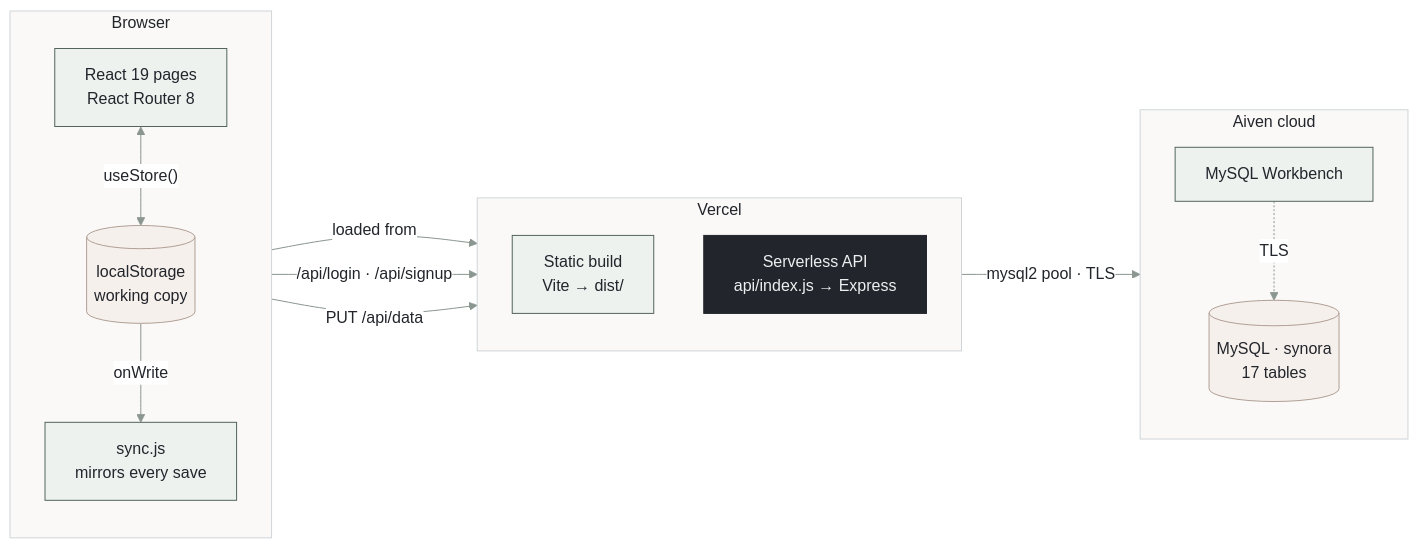
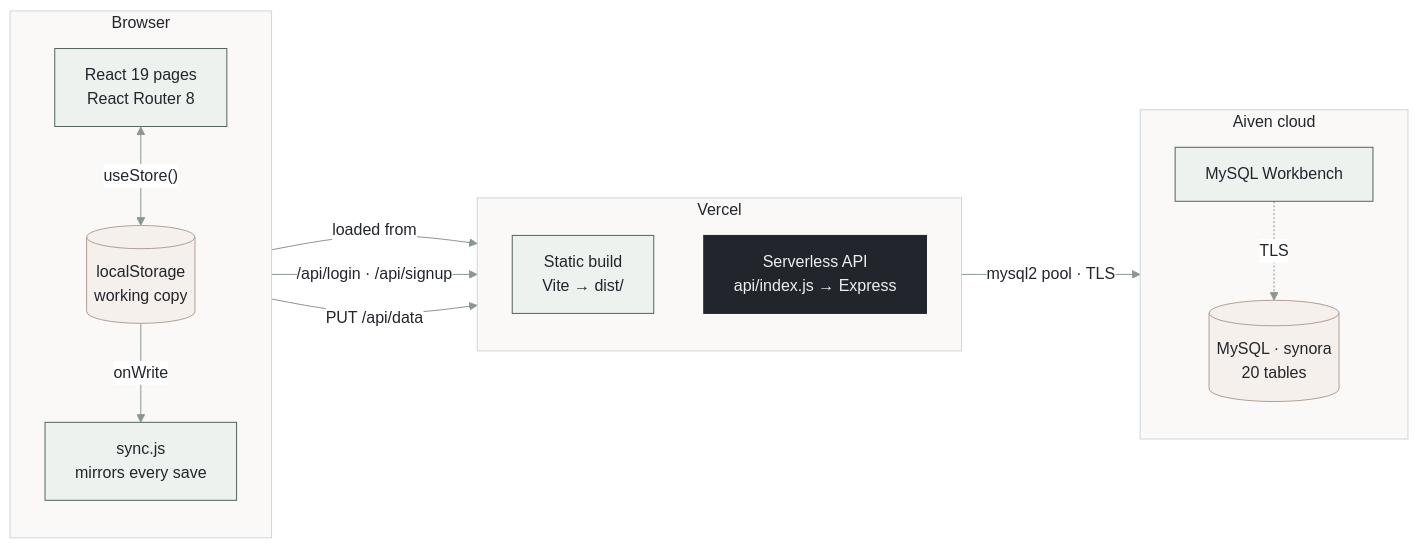
One commit to Manan-2007/Synora changed the fourth of 7 diagrams in README.md. Above: the diagram before and after it, drawn with Mermaid. The commit also changed other lines of this file and 47 other files, not shown here.

````diff
--- a/README.md
+++ b/README.md
@@ -419,31 +424,31 @@
 ```mermaid
 %%{init: {"theme": "base", "themeVariables": {"fontFamily": "Inter, -apple-system, Segoe UI, sans-serif", "primaryColor": "#EEF2EF", "primaryTextColor": "#22252B", "primaryBorderColor": "#53655C", "lineColor": "#8A968F", "clusterBkg": "#FAF9F7", "clusterBorder": "#CFD5D8", "titleColor": "#22252B", "edgeLabelBackground": "#FFFFFF"}}}%%
 flowchart LR
     subgraph BROWSER["Browser"]
         direction TB
         UI["React 19 pages<br/>React Router 8"]
         LS[("localStorage<br/>working copy")]
         SY["sync.js<br/>mirrors every save"]
         UI <-->|"useStore()"| LS
         LS -->|"onWrite"| SY
     end
     subgraph VERCEL["Vercel"]
         direction TB
         CDN["Static build<br/>Vite → dist/"]
         FN["Serverless API<br/>api/index.js → Express"]
     end
     subgraph AIVEN["Aiven cloud"]
         direction TB
-        DB[("MySQL · synora<br/>17 tables")]
+        DB[("MySQL · synora<br/>20 tables")]
         WB["MySQL Workbench"]
     end
     UI -->|"loaded from"| CDN
     UI -->|"/api/login · /api/signup"| FN
     SY -->|"PUT /api/data"| FN
     FN -->|"mysql2 pool · TLS"| DB
     WB -.->|"TLS"| DB
     classDef dark fill:#22252B,stroke:#22252B,color:#EDEFF1
     classDef data fill:#F6F0EC,stroke:#B09F95,color:#22252B
     class FN dark
     class DB,LS data
 ```
````
